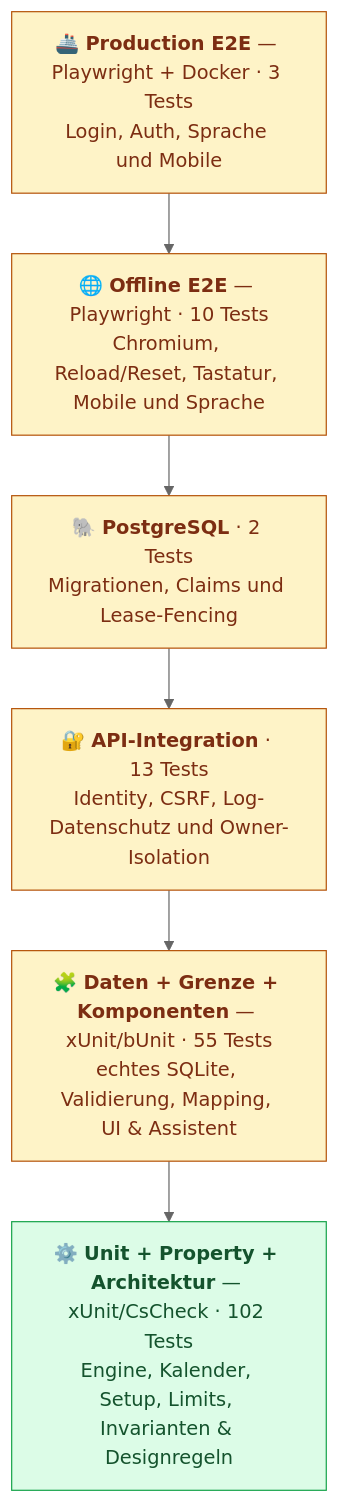
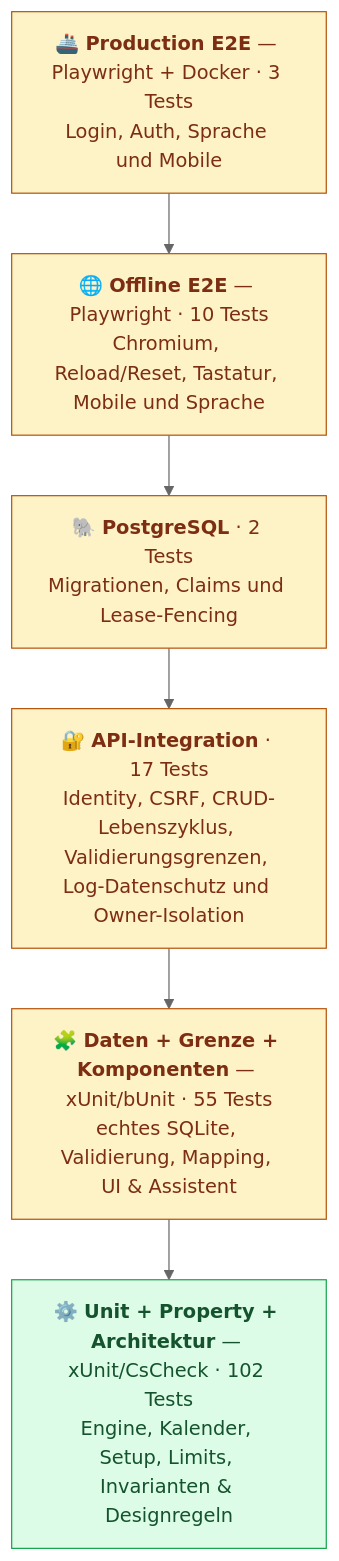
Before and after one commit to aco993/WorkPlanStudio: the diagram in docs/TESTING.de.md, drawn with Mermaid (neutral theme). The commit also changed other lines of this file and 6 other files, not shown here.

Commit message:
test(api): cover CRUD lifecycle and validation boundaries

````diff
--- a/docs/TESTING.de.md
+++ b/docs/TESTING.de.md
@@ -14,16 +14,16 @@
 ```mermaid
 graph TD
     PROD["🚢 <b>Production E2E</b> — Playwright + Docker · 3 Tests<br/>Login, Auth, Sprache und Mobile"]
     E2E["🌐 <b>Offline E2E</b> — Playwright · 10 Tests<br/>Chromium, Reload/Reset, Tastatur, Mobile und Sprache"]
     PG["🐘 <b>PostgreSQL</b> · 2 Tests<br/>Migrationen, Claims und Lease-Fencing"]
-    API["🔐 <b>API-Integration</b> · 13 Tests<br/>Identity, CSRF, Log-Datenschutz und Owner-Isolation"]
+    API["🔐 <b>API-Integration</b> · 17 Tests<br/>Identity, CSRF, CRUD-Lebenszyklus, Validierungsgrenzen, Log-Datenschutz und Owner-Isolation"]
     WEB["🧩 <b>Daten + Grenze + Komponenten</b> — xUnit/bUnit · 55 Tests<br/>echtes SQLite, Validierung, Mapping, UI &amp; Assistent"]
     UNIT["⚙️ <b>Unit + Property + Architektur</b> — xUnit/CsCheck · 102 Tests<br/>Engine, Kalender, Setup, Limits, Invarianten &amp; Designregeln"]
 
     PROD --> E2E --> PG --> API --> WEB --> UNIT
 
     classDef fast fill:#dcfce7,stroke:#16a34a,color:#14532d;
     classDef slow fill:#fef3c7,stroke:#b45309,color:#7c2d12;
     class UNIT fast;
     class WEB,API,PG,E2E,PROD slow;
 ```
````
